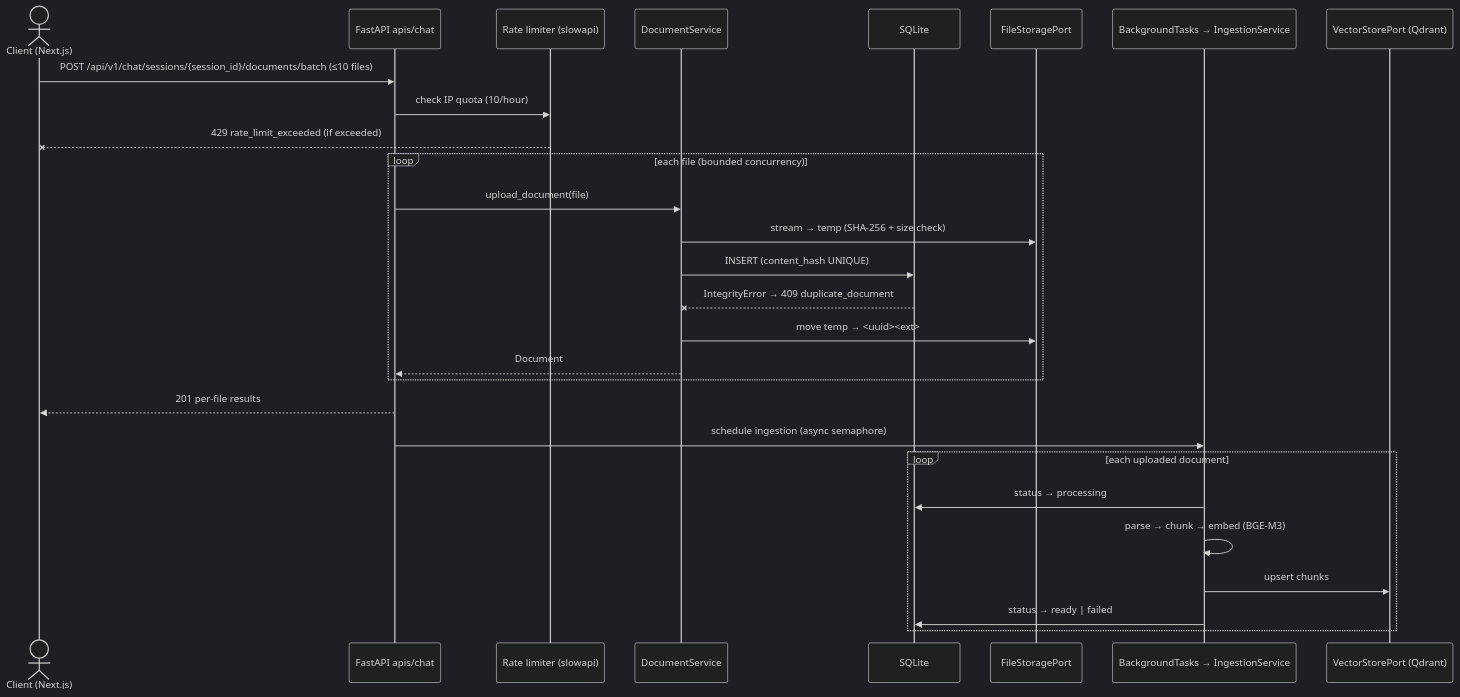
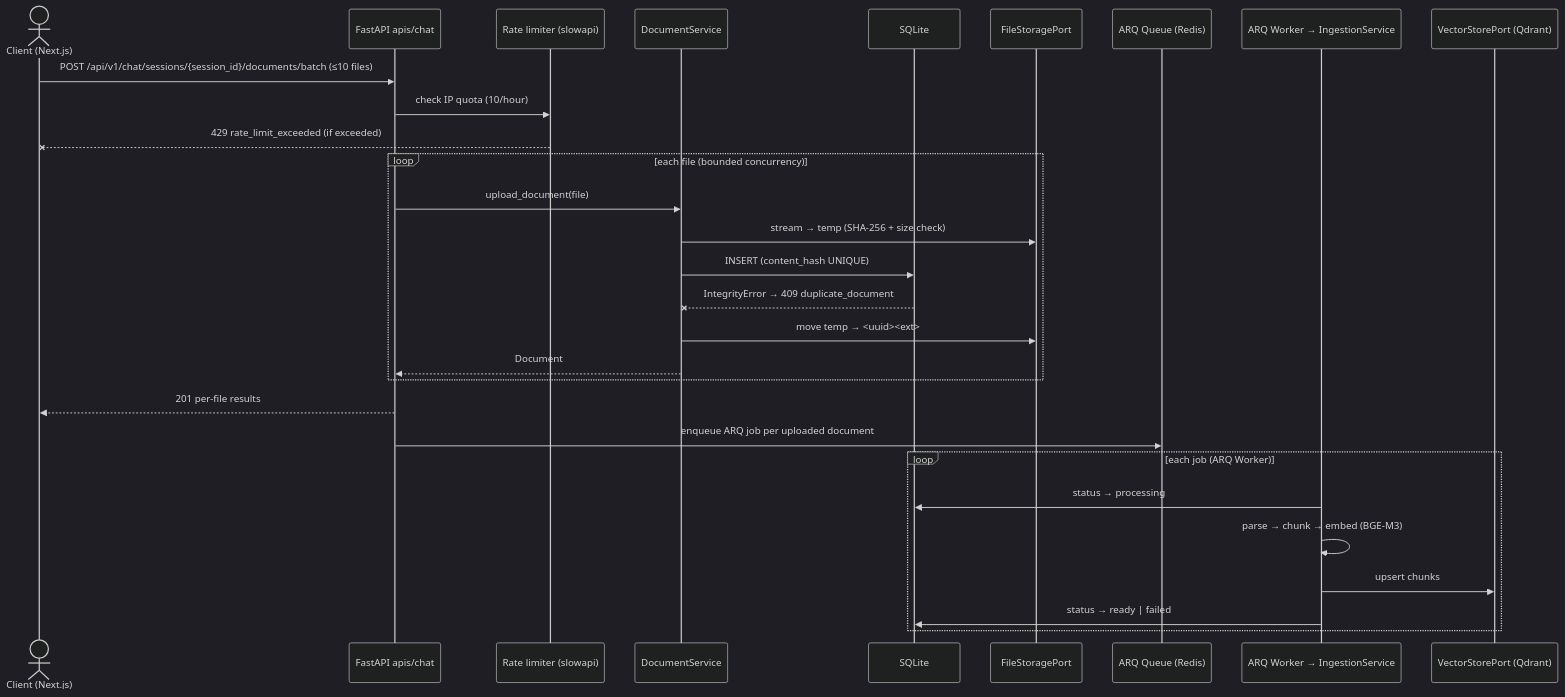
The first of 2 diagrams in docs/diagrams/api-interactions.md (Abdelrhman941/MyRAG-Project), drawn with Mermaid (dark theme) before and after one commit. The commit also changed other lines of this file and 4 other files, not shown here.

Commit message:
docs: fix 5 doc inconsistencies (ARQ vs BackgroundTasks, ERD FK, API paths, SST wording, fp16/ONNX)

````diff
--- a/docs/diagrams/api-interactions.md
+++ b/docs/diagrams/api-interactions.md
@@ -9,31 +9,32 @@
 ```mermaid
 sequenceDiagram
     actor C as Client (Next.js)
     participant API as FastAPI apis/chat
     participant RL as Rate limiter (slowapi)
     participant SVC as DocumentService
     participant DB as SQLite
     participant FS as FileStoragePort
-    participant BG as BackgroundTasks → IngestionService
+    participant Q as ARQ Queue (Redis)
+    participant W as ARQ Worker → IngestionService
     participant QD as VectorStorePort (Qdrant)
 
     C->>API: POST /api/v1/chat/sessions/{session_id}/documents/batch (≤10 files)
     API->>RL: check IP quota (10/hour)
     RL--xC: 429 rate_limit_exceeded (if exceeded)
     loop each file (bounded concurrency)
         API->>SVC: upload_document(file)
         SVC->>FS: stream → temp (SHA-256 + size check)
         SVC->>DB: INSERT (content_hash UNIQUE)
         DB--xSVC: IntegrityError → 409 duplicate_document
         SVC->>FS: move temp → <uuid><ext>
         SVC-->>API: Document
     end
     API-->>C: 201 per-file results
-    API->>BG: schedule ingestion (async semaphore)
-    loop each uploaded document
-        BG->>DB: status → processing
-        BG->>BG: parse → chunk → embed (BGE-M3)
-        BG->>QD: upsert chunks
-        BG->>DB: status → ready | failed
+    API->>Q: enqueue ARQ job per uploaded document
+    loop each job (ARQ Worker)
+        W->>DB: status → processing
+        W->>W: parse → chunk → embed (BGE-M3)
+        W->>QD: upsert chunks
+        W->>DB: status → ready | failed
     end
 ```
````
